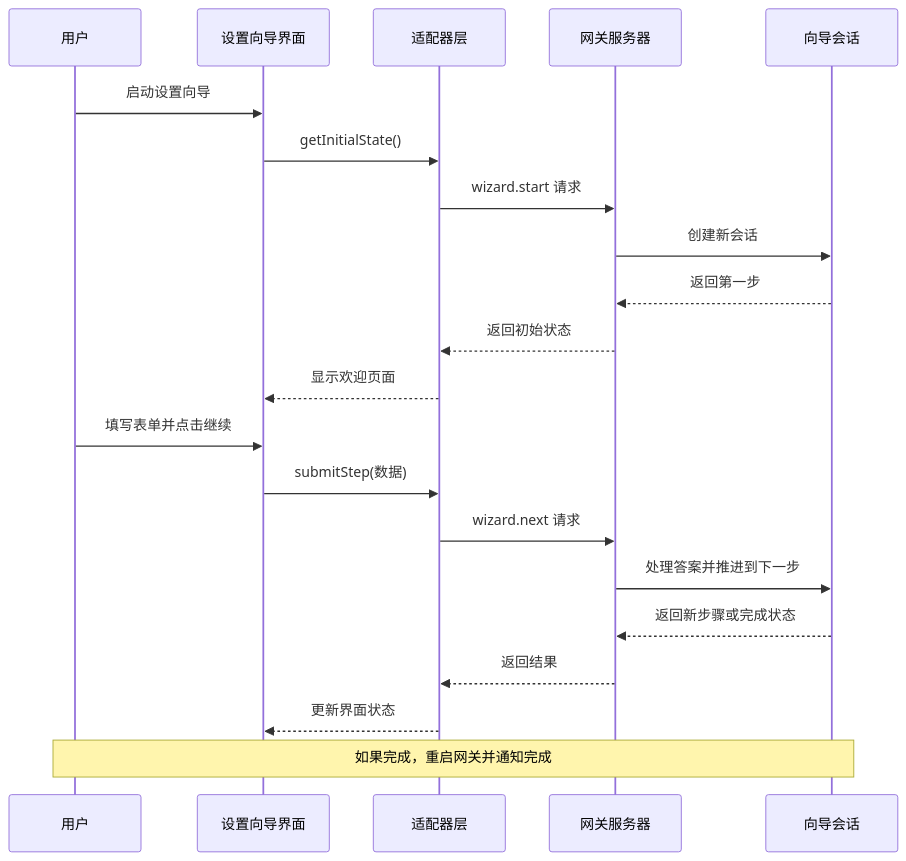
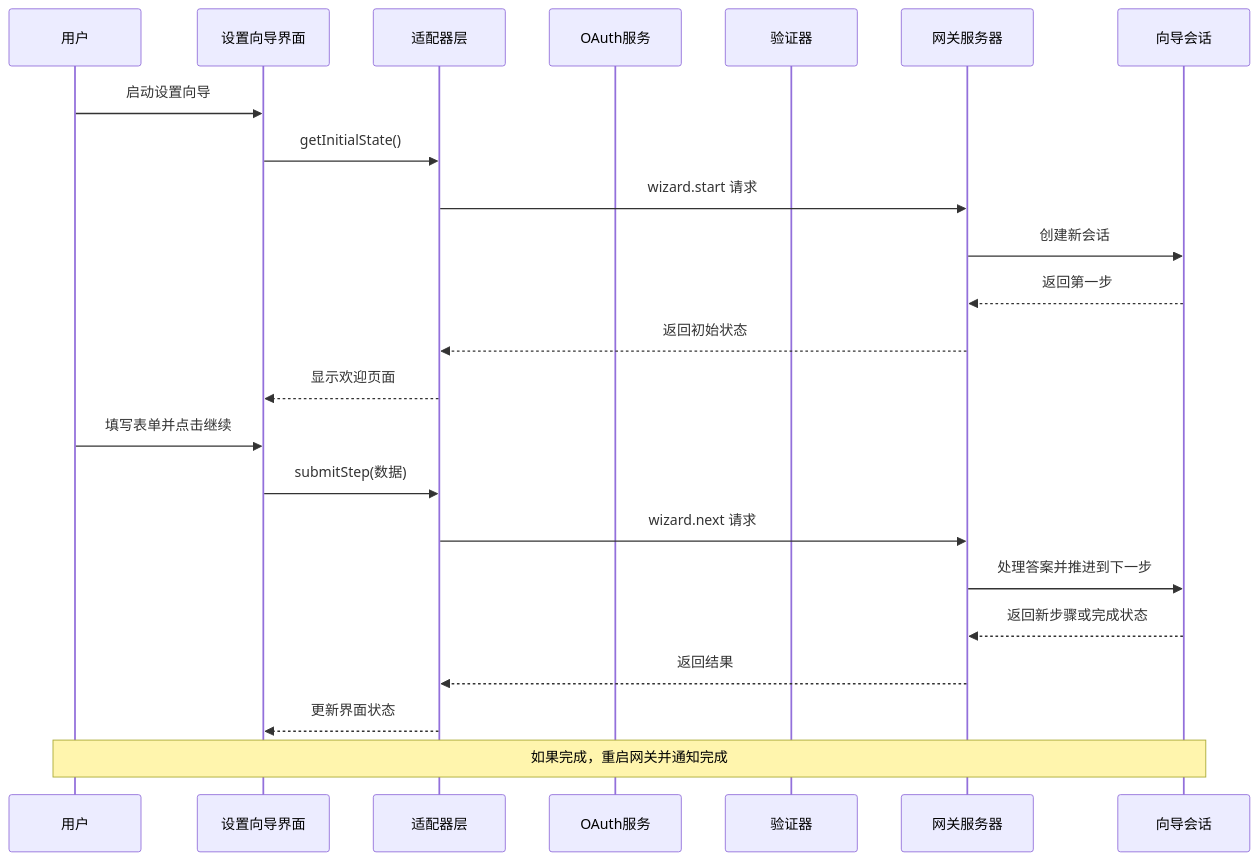
One commit to verse-ai-org/openclaw changed the third of 10 diagrams in .qoder/repowiki/zh/content/开发者指南/设置向导系统.md. Above: the diagram before and after it, drawn with Mermaid. The commit also changed other lines of this file and 32 other files, not shown here.

````diff
--- a/.qoder/repowiki/zh/content/开发者指南/设置向导系统.md
+++ b/.qoder/repowiki/zh/content/开发者指南/设置向导系统.md
@@ -158,23 +170,25 @@
 ```mermaid
 sequenceDiagram
 participant User as 用户
 participant UI as 设置向导界面
 participant Adapter as 适配器层
+participant OAuth as OAuth服务
+participant Validator as 验证器
 participant Gateway as 网关服务器
 participant Session as 向导会话
 User->>UI : 启动设置向导
 UI->>Adapter : getInitialState()
 Adapter->>Gateway : wizard.start 请求
 Gateway->>Session : 创建新会话
 Session-->>Gateway : 返回第一步
 Gateway-->>Adapter : 返回初始状态
 Adapter-->>UI : 显示欢迎页面
 User->>UI : 填写表单并点击继续
 UI->>Adapter : submitStep(数据)
 Adapter->>Gateway : wizard.next 请求
 Gateway->>Session : 处理答案并推进到下一步
 Session-->>Gateway : 返回新步骤或完成状态
 Gateway-->>Adapter : 返回结果
 Adapter-->>UI : 更新界面状态
 Note over User,Session : 如果完成，重启网关并通知完成
 ```
````
